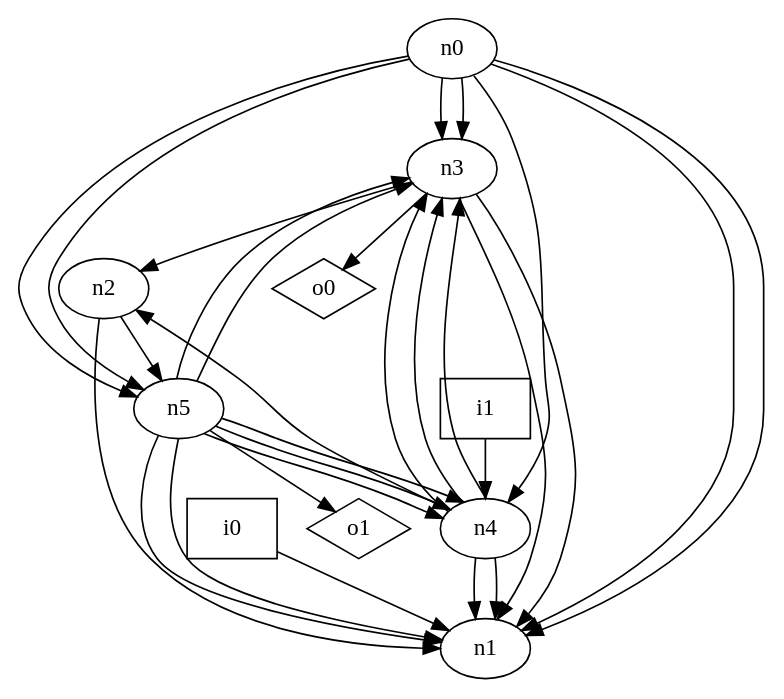
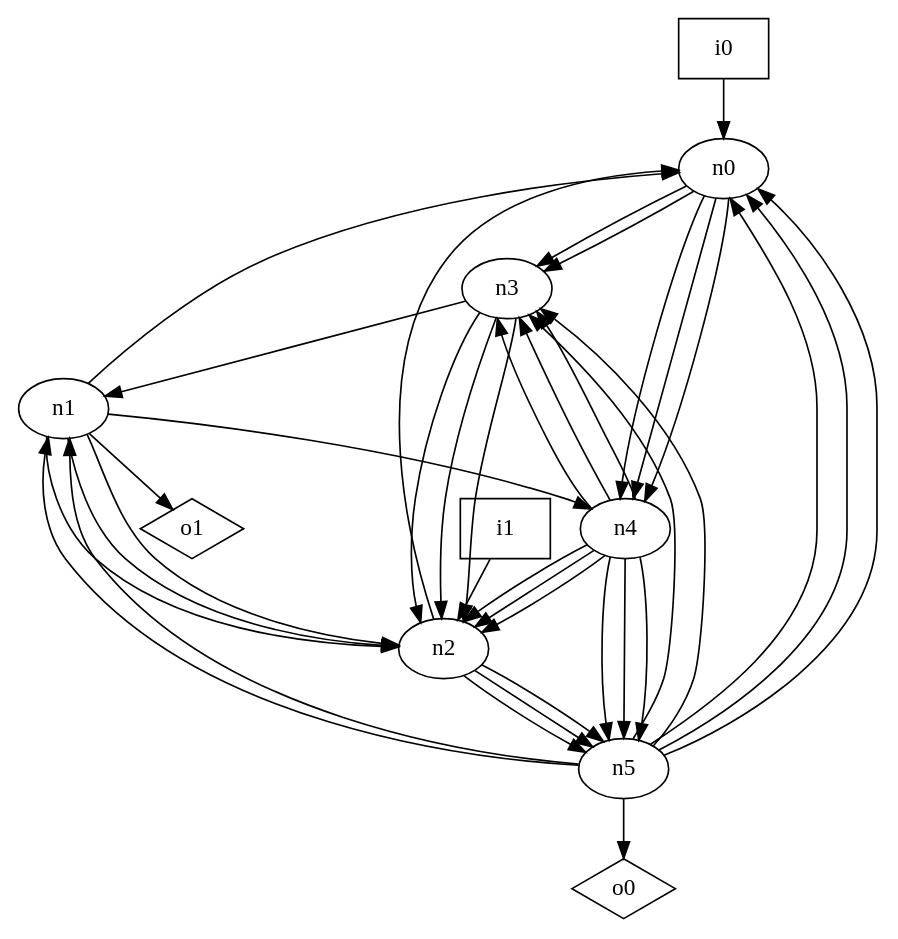
One commit to p9romain/bool-circuits changed the diagram in dot_files/random_graph/oriented_loop_free_graph.dot. Above: the diagram before and after it, drawn with Graphviz. The commit also changed 46 other files, not shown here.

```diff
--- a/dot_files/random_graph/oriented_loop_free_graph.dot
+++ b/dot_files/random_graph/oriented_loop_free_graph.dot
@@ -1,41 +1,50 @@
 digraph G {
 n0 [label="n0"];
 n1 [label="n1"];
 n2 [label="n2"];
 n3 [label="n3"];
 n4 [label="n4"];
 n5 [label="n5"];
 n6 [label="i0",shape="box"];
 n7 [label="i1",shape="box"];
 n8 [label="o0",shape="diamond"];
 n9 [label="o1",shape="diamond"];
-n0 -> n1
-n0 -> n1
 n0 -> n3
 n0 -> n3
 n0 -> n4
-n0 -> n5
-n0 -> n5
-n2 -> n1
+n0 -> n4
+n0 -> n4
+n1 -> n0
+n1 -> n2
+n1 -> n2
+n1 -> n2
+n1 -> n4
+n1 -> n9
+n2 -> n0
+n2 -> n5
+n2 -> n5
 n2 -> n5
 n3 -> n1
-n3 -> n1
 n3 -> n2
-n3 -> n8
-n4 -> n1
-n4 -> n1
+n3 -> n2
+n3 -> n2
+n4 -> n2
+n4 -> n2
 n4 -> n2
 n4 -> n3
 n4 -> n3
 n4 -> n3
+n4 -> n5
+n4 -> n5
+n4 -> n5
+n5 -> n0
+n5 -> n0
+n5 -> n0
 n5 -> n1
 n5 -> n1
 n5 -> n3
 n5 -> n3
-n5 -> n4
-n5 -> n4
-n5 -> n4
-n5 -> n9
-n6 -> n1
-n7 -> n4
+n5 -> n8
+n6 -> n0
+n7 -> n2
 }
```
